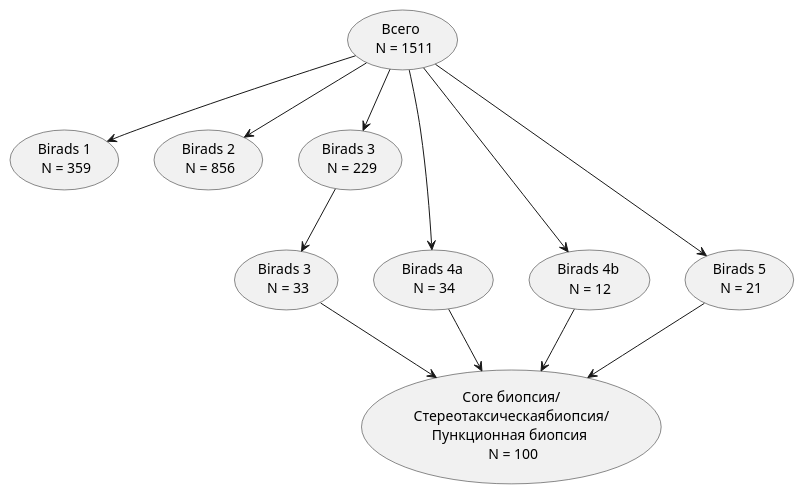
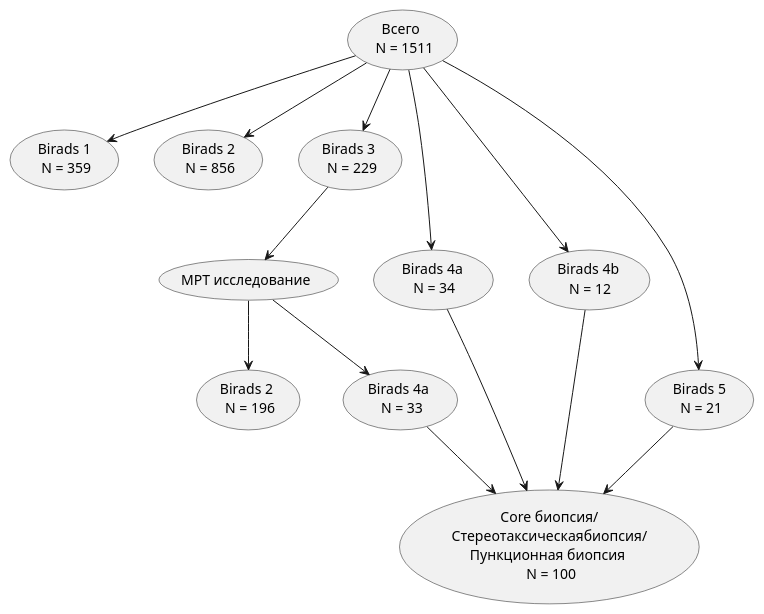
Before and after one commit to AndreyPovaliy/ABUS_US_diagnostics: the diagram in Text_work/Articles/Junior_Abus_Accur/sheme2.puml, drawn with PlantUML. The commit also changed 137 other files, not shown here.

```diff
--- a/Text_work/Articles/Junior_Abus_Accur/sheme2.puml
+++ b/Text_work/Articles/Junior_Abus_Accur/sheme2.puml
@@ -1,13 +1,15 @@
 @startuml
 (Всего \n N = 1511) --> ( Birads 1 \n N = 359)
 (Всего \n N = 1511) --> ( Birads 2 \n N = 856)
 (Всего \n N = 1511) --> (Birads 3 \n N = 229)
 (Всего \n N = 1511) --> ( Birads 4a \n N = 34)
 (Всего \n N = 1511) --> ( Birads 4b \n N = 12)
 (Всего \n N = 1511) --> ( Birads 5 \n N = 21)
-(Birads 3 \n N = 229) --> (Birads 3 \n N = 33)
-(Birads 3 \n N = 33) --> (Core биопсия/\nСтереотаксическаябиопсия/\nПункционная биопсия \n N = 100)
+(Birads 3 \n N = 229) --> (МРТ исследование)
+(МРТ исследование) --> (Birads 2 \n N = 196)
+(МРТ исследование) --> (Birads 4а \n N = 33)
+(Birads 4а \n N = 33) --> (Core биопсия/\nСтереотаксическаябиопсия/\nПункционная биопсия \n N = 100)
 ( Birads 4a \n N = 34) --> (Core биопсия/\nСтереотаксическаябиопсия/\nПункционная биопсия \n N = 100)
 ( Birads 4b \n N = 12) --> (Core биопсия/\nСтереотаксическаябиопсия/\nПункционная биопсия \n N = 100)
 ( Birads 5 \n N = 21) --> (Core биопсия/\nСтереотаксическаябиопсия/\nПункционная биопсия \n N = 100)
-@endumll
+@enduml
```
